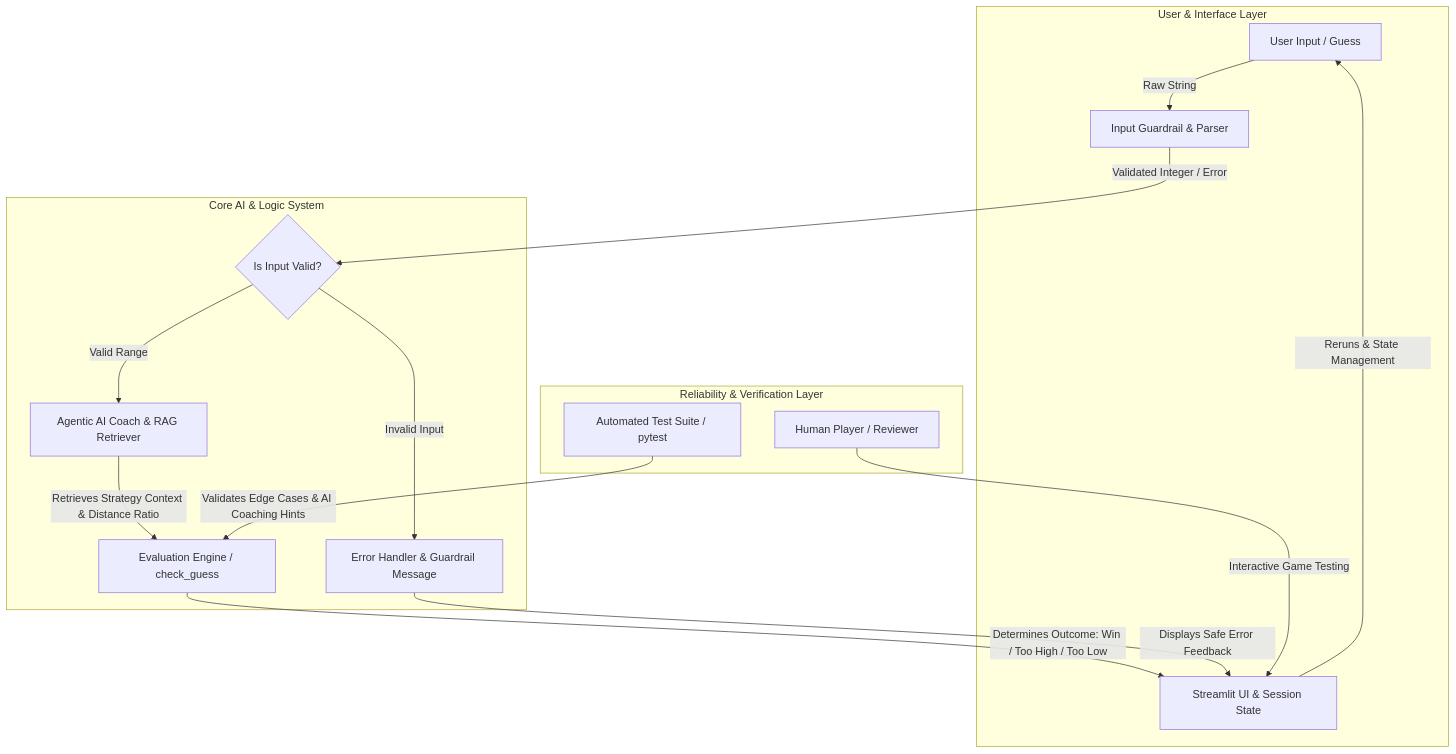
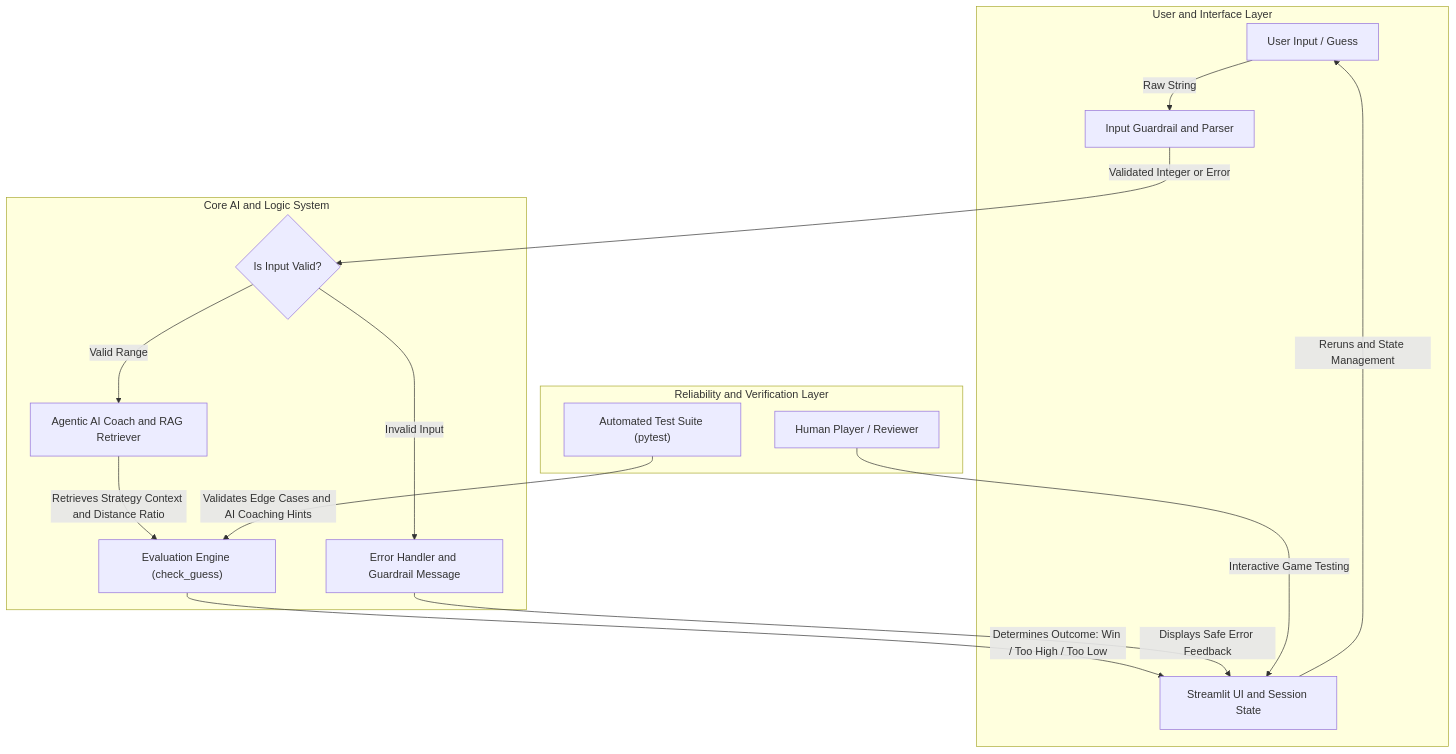
Before and after one commit to suhanapatodi/applied-ai-system-project: the diagram in diagrams/architecture.mmd, drawn with Mermaid.

Commit message:
Refactor architecture diagram for clarity and consistency

```diff
--- a/diagrams/architecture.mmd
+++ b/diagrams/architecture.mmd
@@ -1,20 +1,20 @@
 graph TD
-    subgraph User & Interface Layer
-        A[User Input / Guess] -->|Raw String| B[Input Guardrail & Parser]
-        G[Streamlit UI & Session State] -->|Reruns & State Management| A
+    subgraph UI["User and Interface Layer"]
+        A["User Input / Guess"] -->|Raw String| B["Input Guardrail and Parser"]
+        G["Streamlit UI and Session State"] -->|Reruns and State Management| A
     end
 
-    subgraph Core AI & Logic System
-        B -->|Validated Integer / Error| C{Is Input Valid?}
-        C -->|Valid Range| D[Agentic AI Coach & RAG Retriever]
-        C -->|Invalid Input| E[Error Handler & Guardrail Message]
+    subgraph Core["Core AI and Logic System"]
+        B -->|Validated Integer or Error| C{"Is Input Valid?"}
+        C -->|Valid Range| D["Agentic AI Coach and RAG Retriever"]
+        C -->|Invalid Input| E["Error Handler and Guardrail Message"]
         
-        D -->|Retrieves Strategy Context & Distance Ratio| F[Evaluation Engine / check_guess]
+        D -->|Retrieves Strategy Context and Distance Ratio| F["Evaluation Engine (check_guess)"]
         F -->|Determines Outcome: Win / Too High / Too Low| G
         E -->|Displays Safe Error Feedback| G
     end
 
-    subgraph Reliability & Verification Layer
-        H[Human Player / Reviewer] -->|Interactive Game Testing| G
-        I[Automated Test Suite / pytest] -->|Validates Edge Cases & AI Coaching Hints| F
+    subgraph Verification["Reliability and Verification Layer"]
+        H["Human Player / Reviewer"] -->|Interactive Game Testing| G
+        I["Automated Test Suite (pytest)"] -->|Validates Edge Cases and AI Coaching Hints| F
     end
```
